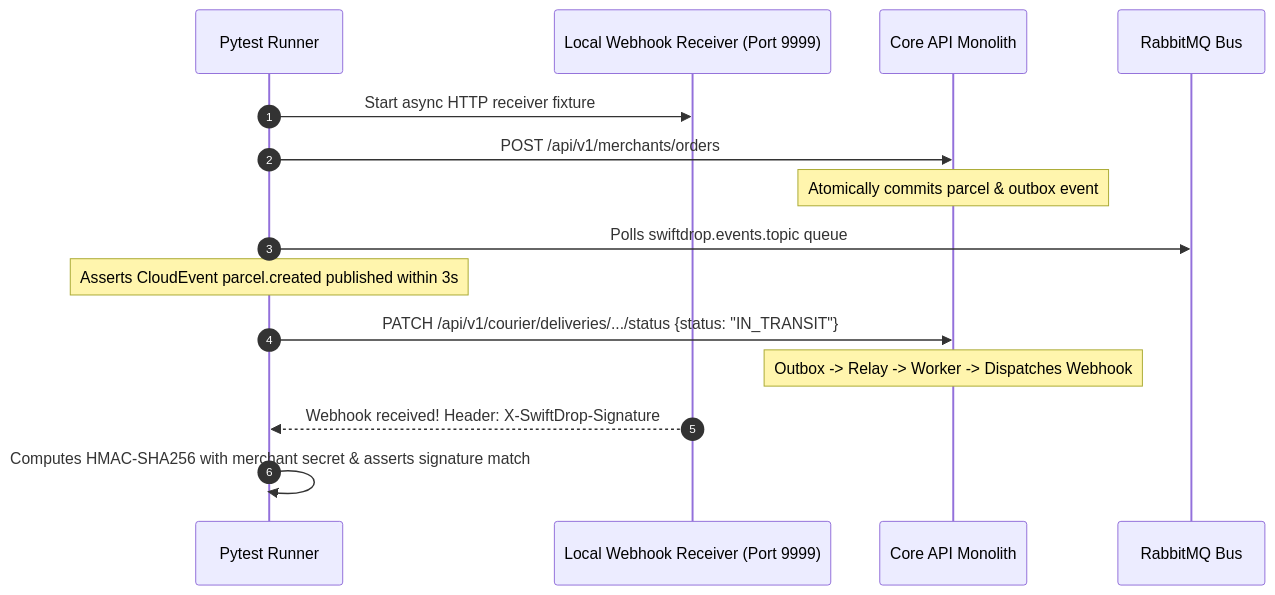
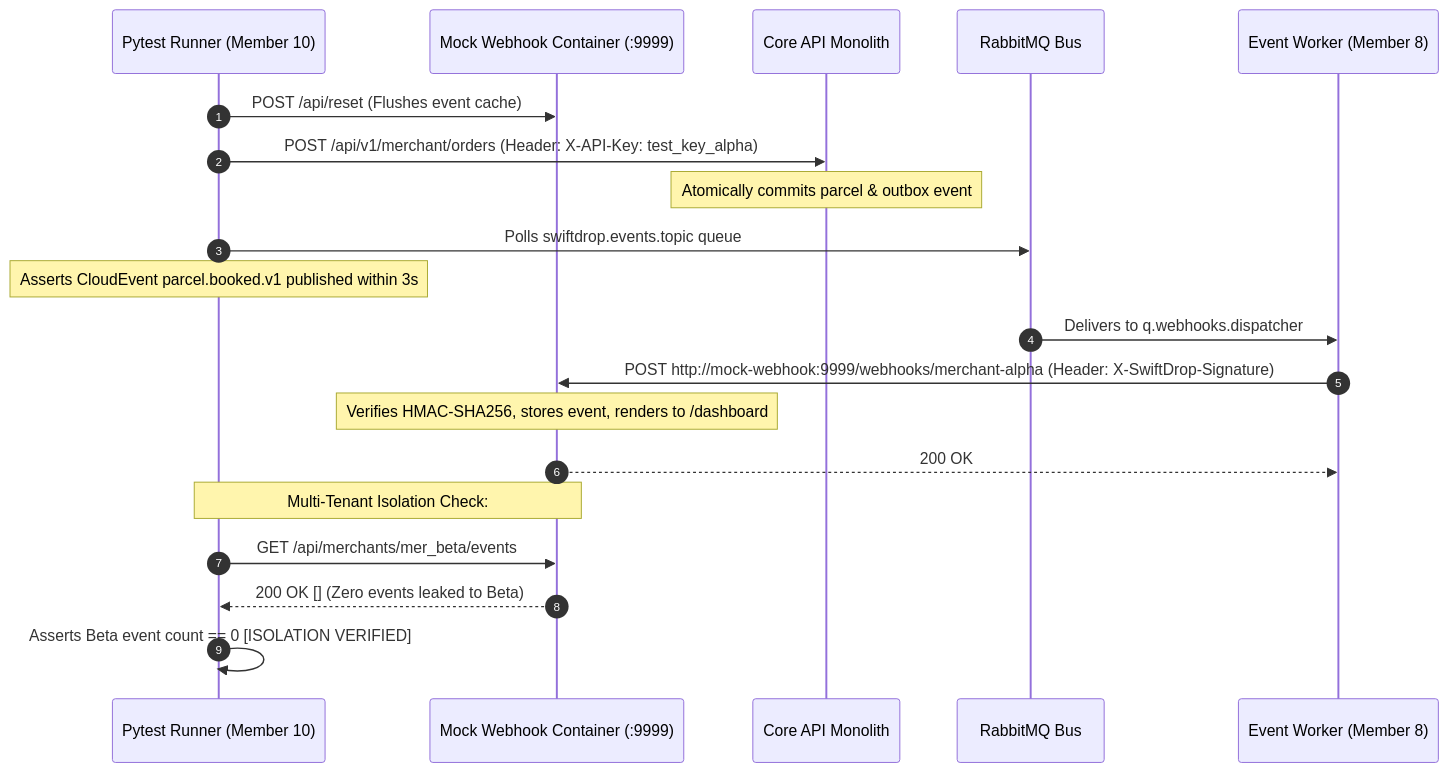
The fourth of 4 diagrams in docs/drafts/member-10-ai-assistant-quality/doc-03-internal-architecture-and-design.md (phantomTroupeEAD/SwiftDrop), drawn with Mermaid before and after one commit. The commit also changed other lines of this file and 10 other files, not shown here.

Commit message:
docs(m10): synchronize specifications with audit fixes, webhook test artifact, dynamic policy overrides and MCP dual-channel transport

````diff
--- a/docs/drafts/member-10-ai-assistant-quality/doc-03-internal-architecture-and-design.md
+++ b/docs/drafts/member-10-ai-assistant-quality/doc-03-internal-architecture-and-design.md
@@ -268,21 +268,26 @@
 ```mermaid
 sequenceDiagram
     autonumber
-    participant TestRunner as Pytest Runner
-    participant MockServer as Local Webhook Receiver (Port 9999)
+    participant TestRunner as Pytest Runner (Member 10)
+    participant MockServer as Mock Webhook Container (:9999)
     participant CoreAPI as Core API Monolith
     participant Broker as RabbitMQ Bus
+    participant Worker as Event Worker (Member 8)
 
-    TestRunner->>MockServer: Start async HTTP receiver fixture
-    TestRunner->>CoreAPI: POST /api/v1/merchants/orders
+    TestRunner->>MockServer: POST /api/reset (Flushes event cache)
+    TestRunner->>CoreAPI: POST /api/v1/merchant/orders (Header: X-API-Key: test_key_alpha)
     Note over CoreAPI: Atomically commits parcel & outbox event
     
     TestRunner->>Broker: Polls swiftdrop.events.topic queue
-    Note over TestRunner: Asserts CloudEvent parcel.created published within 3s
+    Note over TestRunner: Asserts CloudEvent parcel.booked.v1 published within 3s
     
-    TestRunner->>CoreAPI: PATCH /api/v1/courier/deliveries/.../status {status: "IN_TRANSIT"}
-    Note over CoreAPI: Outbox -> Relay -> Worker -> Dispatches Webhook
+    Broker->>Worker: Delivers to q.webhooks.dispatcher
+    Worker->>MockServer: POST http://mock-webhook:9999/webhooks/merchant-alpha (Header: X-SwiftDrop-Signature)
+    Note over MockServer: Verifies HMAC-SHA256, stores event, renders to /dashboard
+    MockServer-->>Worker: 200 OK
     
-    MockServer-->>TestRunner: Webhook received! Header: X-SwiftDrop-Signature
-    TestRunner->>TestRunner: Computes HMAC-SHA256 with merchant secret & asserts signature match
+    Note over TestRunner,MockServer: Multi-Tenant Isolation Check:
+    TestRunner->>MockServer: GET /api/merchants/mer_beta/events
+    MockServer-->>TestRunner: 200 OK [] (Zero events leaked to Beta)
+    TestRunner->>TestRunner: Asserts Beta event count == 0 [ISOLATION VERIFIED]
 ```
````
